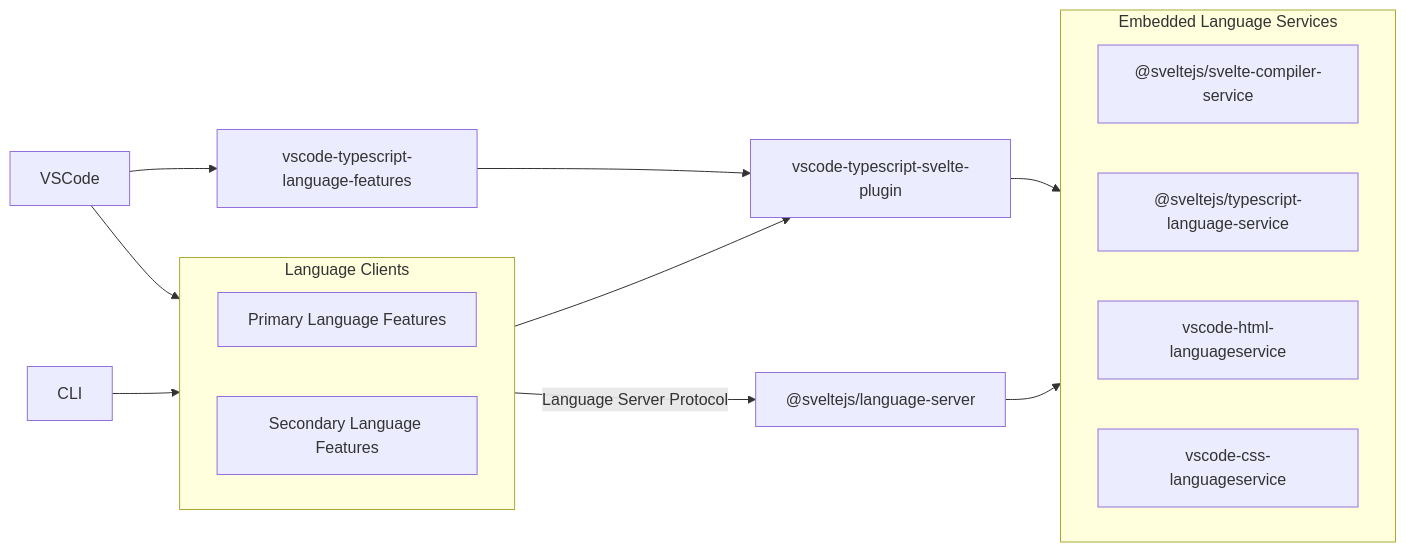
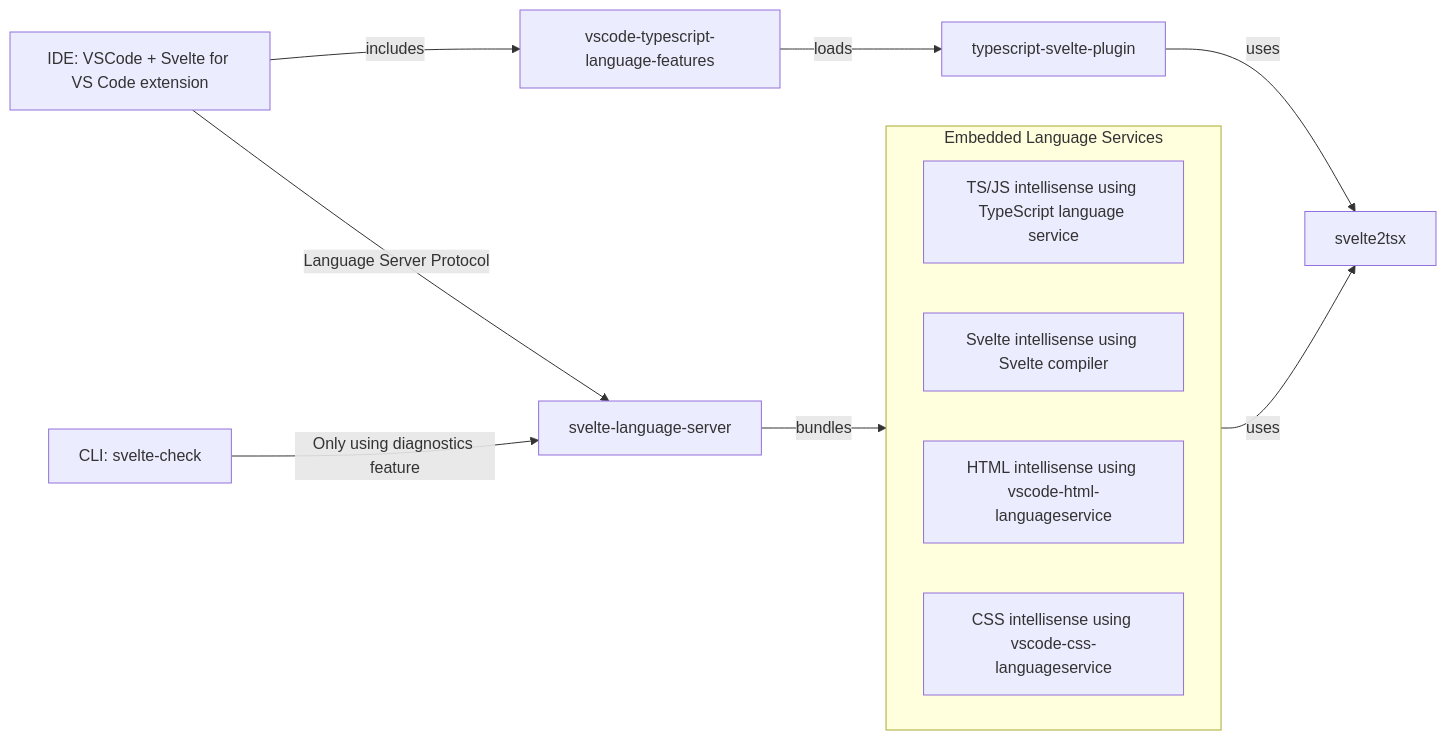
One commit to sveltejs/language-tools changed the diagram in README.md. Above: the diagram before and after it, drawn with Mermaid. The commit also changed other lines of this file, not shown here.

Commit message:
update diagram

````diff
--- a/README.md
+++ b/README.md
@@ -74,63 +74,42 @@
 ```mermaid
 flowchart LR
     %% IDEs
-    VSC[VSCode]
-
+    VSC[IDE: VSCode + Svelte for VS Code extension]
+    click VSC "https://github.com/sveltejs/language-tools/tree/master/packages/svelte-vscode" "Svelte for VSCode extension"
     %% Tools
-    CLI[CLI]
-
+    CLI[CLI: svelte-check]
+    click CLI "https://github.com/sveltejs/language-tools/tree/master/packages/svelte-check" "A command line tool to get diagnostics for Svelte code"
     %% Svelte - Extensions
-    VSC_TSSP[vscode-typescript-svelte-plugin]
-
+    VSC_TSSP[typescript-svelte-plugin]
     click VSC_TSSP "https://github.com/sveltejs/language-tools/tree/master/packages/typescript-plugin" "A TypeScript plugin for Svelte intellisense"
-
     %% Svelte - Packages
-    SVELTE_LANGUAGE_SERVER["@sveltejs/language-server"]
-    SVELTE_COMPILER_SERVICE["@sveltejs/svelte-compiler-service"]
-    SVELTE_TS_SERVICE["@sveltejs/typescript-language-service"]
-
+    SVELTE_LANGUAGE_SERVER["svelte-language-server"]
+    SVELTE_COMPILER_SERVICE["svelte2tsx"]
+    TS_SERVICE["TS/JS intellisense using TypeScript language service"]
+    SVELTE_SERVICE["Svelte intellisense using Svelte compiler"]
     click SVELTE_LANGUAGE_SERVER "https://github.com/sveltejs/language-tools/tree/master/packages/language-server" "A language server adhering to the LSP"
     click SVELTE_COMPILER_SERVICE "https://github.com/sveltejs/language-tools/tree/master/packages/language-server/src/plugins/svelte" "Transforms Svelte code into JSX/TSX code"
-    click SVELTE_TS_SERVICE "https://github.com/sveltejs/language-tools/tree/master/packages/language-server/src/plugins/typescript"
-
-    %% Extrnal Packages
-    HTML_SERVICE[vscode-html-languageservice]
-    CSS_SERVICE[vscode-css-languageservice]
+    click TS_SERVICE "https://github.com/sveltejs/language-tools/tree/master/packages/language-server/src/plugins/typescript"
+    click SVELTE_SERVICE "https://github.com/sveltejs/language-tools/tree/master/packages/language-server/src/plugins/svelte"
+    %% External Packages
+    HTML_SERVICE[HTML intellisense using vscode-html-languageservice]
+    CSS_SERVICE[CSS intellisense using vscode-css-languageservice]
     VSC_TS[vscode-typescript-language-features]
-
     click HTML_SERVICE "https://github.com/microsoft/vscode-html-languageservice"
     click CSS_SERVICE "https://github.com/microsoft/vscode-css-languageservice"
     click VSC_TS "https://github.com/microsoft/vscode/tree/main/extensions/typescript-language-features"
-
-
-    subgraph SVELTE_CLIENTS[Language Clients]
-      direction LR
-      SVELTE_CLIENT_API[Primary Language Features]
-      SVELTE_CLIENT_CHECK[Secondary Language Features]
-    end
-
-    click SVELTE_CLIENT_API "https://github.com/sveltejs/language-tools/tree/master/packages/svelte-vscode" "Svelte for VSCode extension"
-    click SVELTE_CLIENT_CHECK "https://github.com/sveltejs/language-tools/tree/master/packages/svelte-check" "A command line tool to get diagnostics for Svelte code"
-
     subgraph EMBEDDED_SERVICES[Embedded Language Services]
       direction LR
-      SVELTE_TS_SERVICE
-      SVELTE_COMPILER_SERVICE
+      TS_SERVICE
+      SVELTE_SERVICE
       HTML_SERVICE
       CSS_SERVICE
     end
-
-    VSC --> SVELTE_CLIENT_API
-    CLI --> SVELTE_CLIENT_CHECK
-
-    SVELTE_CLIENT_API --> VSC_TSSP
-
-	  SVELTE_CLIENTS -- Language Server Protocol --> SVELTE_LANGUAGE_SERVER
-
-    VSC --> VSC_TS
-    VSC_TS --> VSC_TSSP
-    VSC_TSSP --> SVELTE_COMPILER_SERVICE
-
-    SVELTE_LANGUAGE_SERVER --> EMBEDDED_SERVICES
-
+    VSC -- Language Server Protocol --> SVELTE_LANGUAGE_SERVER
+    CLI -- Only using diagnostics feature --> SVELTE_LANGUAGE_SERVER
+    VSC -- includes --> VSC_TS
+    VSC_TS -- loads --> VSC_TSSP
+    VSC_TSSP -- uses --> SVELTE_COMPILER_SERVICE
+    TS_SERVICE -- uses --> SVELTE_COMPILER_SERVICE
+    SVELTE_LANGUAGE_SERVER -- bundles --> EMBEDDED_SERVICES
 ```
````
